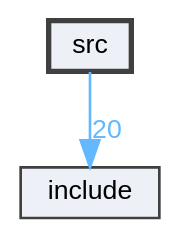
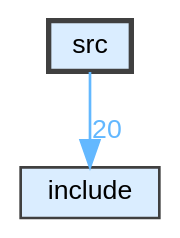
Before and after one commit to omarkahol/cmp: the diagram in dir_68267d1309a1af8e8297ef4c3efbcdba_dep.dot, drawn with Graphviz. The commit also changed 438 other files, not shown here.

```diff
--- a/dir_68267d1309a1af8e8297ef4c3efbcdba_dep.dot
+++ b/dir_68267d1309a1af8e8297ef4c3efbcdba_dep.dot
@@ -1,11 +1,11 @@
 digraph "src"
 {
  // LATEX_PDF_SIZE
   bgcolor="transparent";
   edge [fontname=Helvetica,fontsize=10,labelfontname=Helvetica,labelfontsize=10];
   node [fontname=Helvetica,fontsize=10,shape=box,height=0.2,width=0.4];
   compound=true
-  dir_68267d1309a1af8e8297ef4c3efbcdba [label="src", fillcolor="#edf0f7", color="grey25", style="filled,bold", URL="dir_68267d1309a1af8e8297ef4c3efbcdba.html",tooltip=""];
-  dir_d44c64559bbebec7f509842c48db8b23 [label="include", fillcolor="#edf0f7", color="grey25", style="filled", URL="dir_d44c64559bbebec7f509842c48db8b23.html",tooltip=""];
+  dir_68267d1309a1af8e8297ef4c3efbcdba [label="src", fillcolor="#daedff", color="grey25", style="filled,bold", URL="dir_68267d1309a1af8e8297ef4c3efbcdba.html",tooltip=""];
+  dir_d44c64559bbebec7f509842c48db8b23 [label="include", fillcolor="#daedff", color="grey25", style="filled", URL="dir_d44c64559bbebec7f509842c48db8b23.html",tooltip=""];
   dir_68267d1309a1af8e8297ef4c3efbcdba->dir_d44c64559bbebec7f509842c48db8b23 [headlabel="20", labeldistance=1.5 headhref="dir_000001_000000.html" href="dir_000001_000000.html" color="steelblue1" fontcolor="steelblue1"];
 }
```
